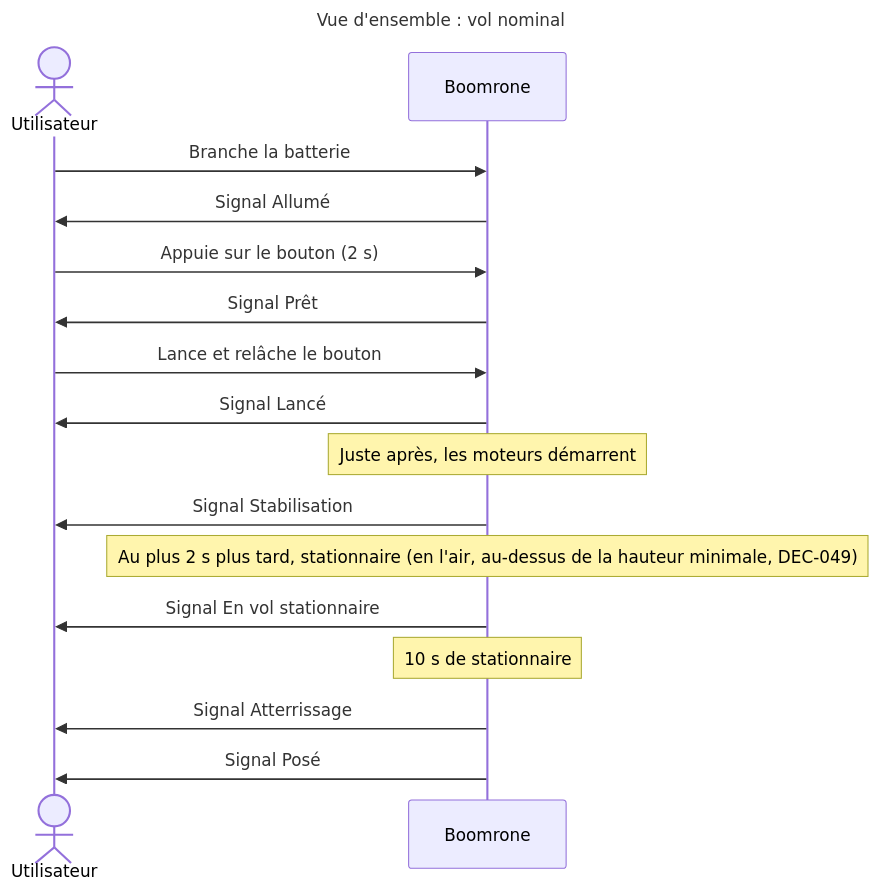
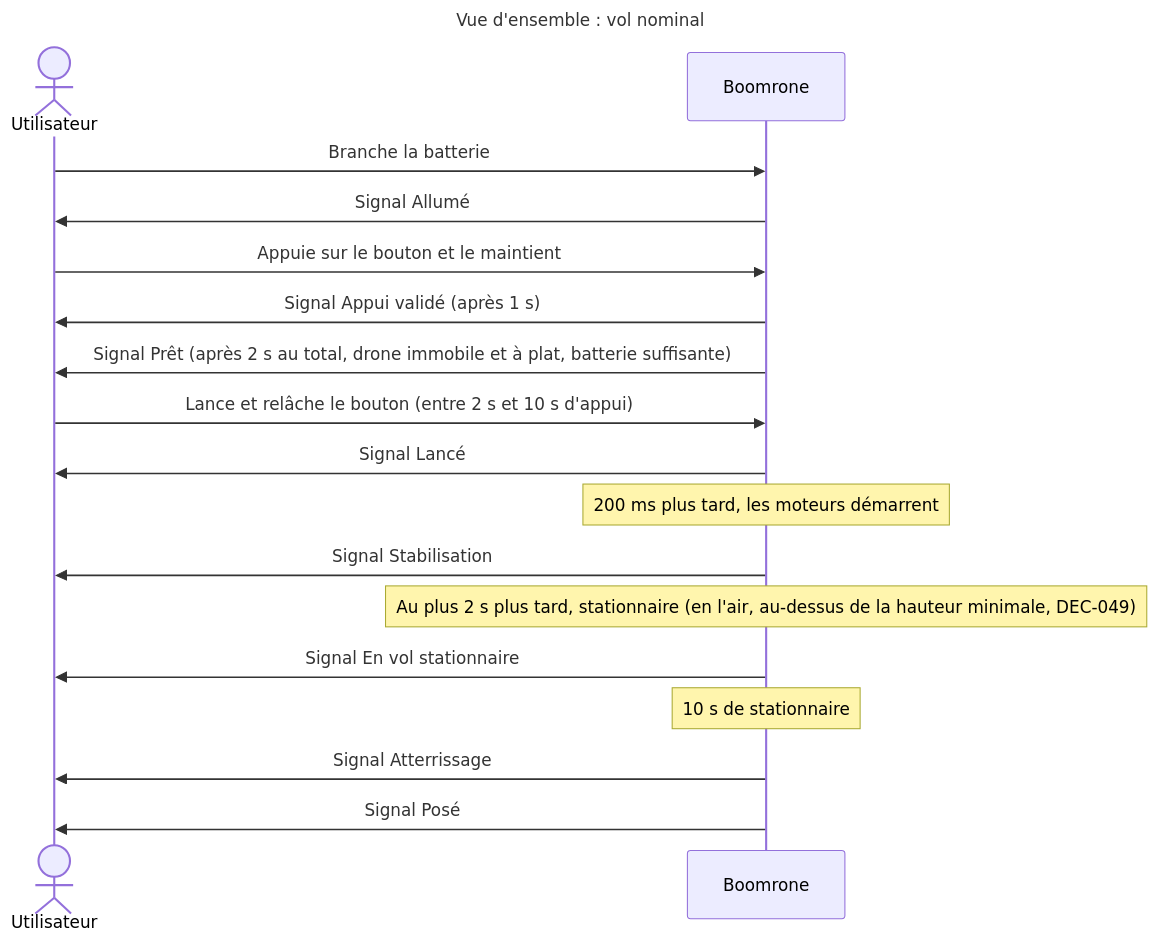
Before and after one commit to thourymatthieu-png/coworker_archi_system: the first of 13 diagrams in projets/boomrone/00-scenarios.md, drawn with Mermaid. The commit also changed other lines of this file and 6 other files, not shown here.

````diff
--- a/projets/boomrone/00-scenarios.md
+++ b/projets/boomrone/00-scenarios.md
@@ -14,21 +14,22 @@
 ```mermaid
 ---
 title: "Vue d'ensemble : vol nominal"
 ---
 sequenceDiagram
     actor U as Utilisateur
     participant D as Boomrone
     U->>D: Branche la batterie
     D->>U: Signal Allumé
-    U->>D: Appuie sur le bouton (2 s)
-    D->>U: Signal Prêt
-    U->>D: Lance et relâche le bouton
+    U->>D: Appuie sur le bouton et le maintient
+    D->>U: Signal Appui validé (après 1 s)
+    D->>U: Signal Prêt (après 2 s au total, drone immobile et à plat, batterie suffisante)
+    U->>D: Lance et relâche le bouton (entre 2 s et 10 s d'appui)
     D->>U: Signal Lancé
-    Note over D: Juste après, les moteurs démarrent
+    Note over D: 200 ms plus tard, les moteurs démarrent
     D->>U: Signal Stabilisation
     Note over D: Au plus 2 s plus tard, stationnaire (en l'air, au-dessus de la hauteur minimale, DEC-049)
     D->>U: Signal En vol stationnaire
     Note over D: 10 s de stationnaire
     D->>U: Signal Atterrissage
     D->>U: Signal Posé
 ```
````
